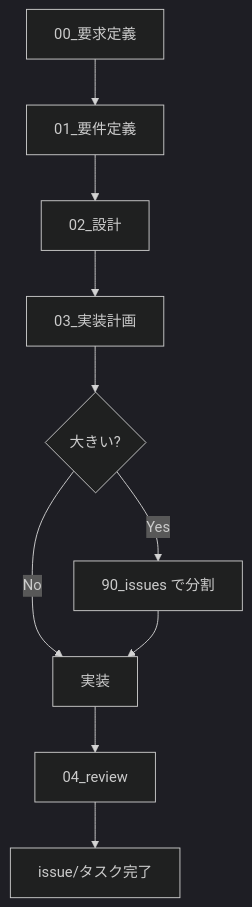
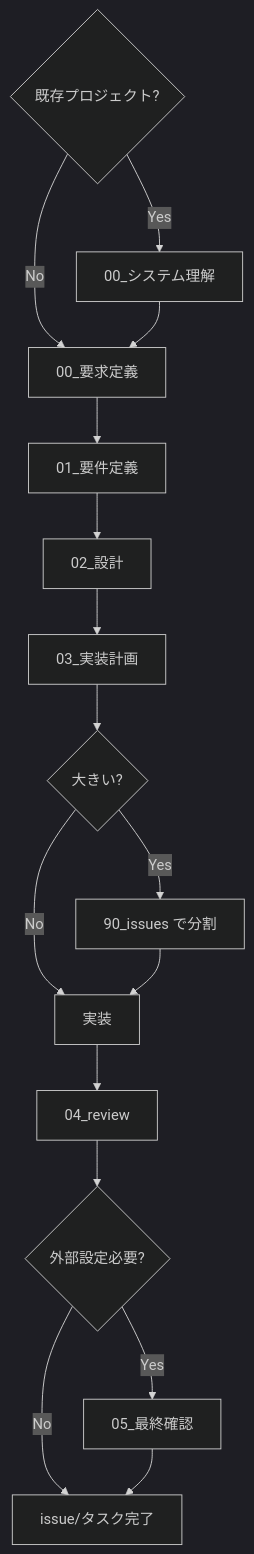
Before and after one commit to techbeansjp-free/AGENTS.md: the first of 2 diagrams in AGENTS.md, drawn with Mermaid (dark theme). The commit also changed other lines of this file and 10 other files, not shown here.

````diff
--- a/AGENTS.md
+++ b/AGENTS.md
@@ -19,12 +19,18 @@
 ```mermaid
 flowchart TD
-  R0[00_要求定義] --> R1[01_要件定義]
+  START{既存プロジェクト?} -->|Yes| SU[00_システム理解]
+  START -->|No| R0[00_要求定義]
+  SU --> R0
+  R0 --> R1[01_要件定義]
   R1 --> R2[02_設計]
   R2 --> R3[03_実装計画]
   R3 --> R4{大きい?}
   R4 -->|Yes| R5[90_issues で分割]
   R4 -->|No| E[実装]
   R5 --> E
   E --> RV[04_review]
-  RV --> DONE[issue/タスク完了]
+  RV --> FC{外部設定必要?}
+  FC -->|Yes| FC2[05_最終確認]
+  FC -->|No| DONE[issue/タスク完了]
+  FC2 --> DONE
 ```
````
